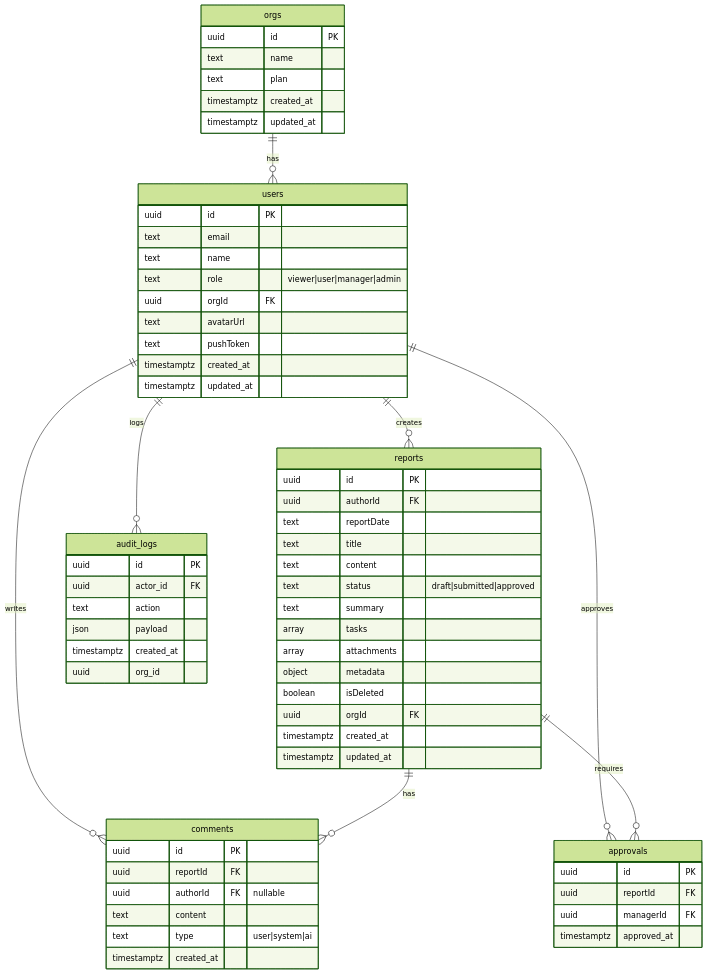
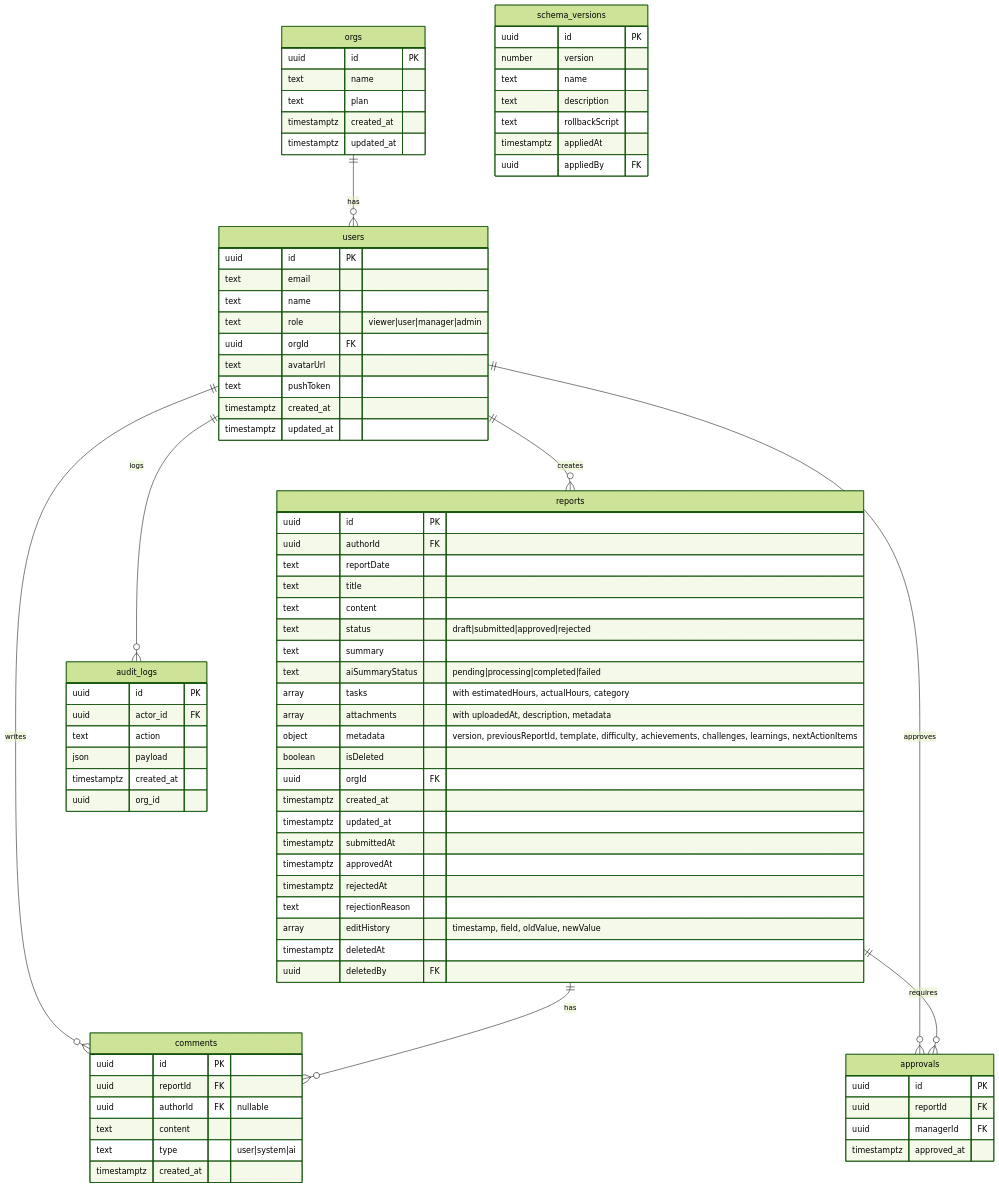
Before and after one commit to tomoyasu-sasaki/SmartNippo: the diagram in docs/daily_report_webapp_requirements.md, drawn with Mermaid (forest theme). The commit also changed other lines of this file and 123 other files, not shown here.

```diff
--- a/docs/daily_report_webapp_requirements.md
+++ b/docs/daily_report_webapp_requirements.md
@@ -61,15 +61,23 @@
     text reportDate
     text title
     text content
-    text status "draft|submitted|approved"
+    text status "draft|submitted|approved|rejected"
     text summary
-    array tasks
-    array attachments
-    object metadata
+    text aiSummaryStatus "pending|processing|completed|failed"
+    array tasks "with estimatedHours, actualHours, category"
+    array attachments "with uploadedAt, description, metadata"
+    object metadata "version, previousReportId, template, difficulty, achievements, challenges, learnings, nextActionItems"
     boolean isDeleted
     uuid orgId FK
     timestamptz created_at
     timestamptz updated_at
+    timestamptz submittedAt
+    timestamptz approvedAt
+    timestamptz rejectedAt
+    text rejectionReason
+    array editHistory "timestamp, field, oldValue, newValue"
+    timestamptz deletedAt
+    uuid deletedBy FK
   }
   comments {
     uuid id PK
@@ -93,6 +101,15 @@
     timestamptz created_at
     uuid org_id
   }
+  schema_versions {
+    uuid id PK
+    number version
+    text name
+    text description
+    text rollbackScript
+    timestamptz appliedAt
+    uuid appliedBy FK
+  }
   orgs ||--o{ users : "has"
   users ||--o{ reports : "creates"
   users ||--o{ comments : "writes"
```
